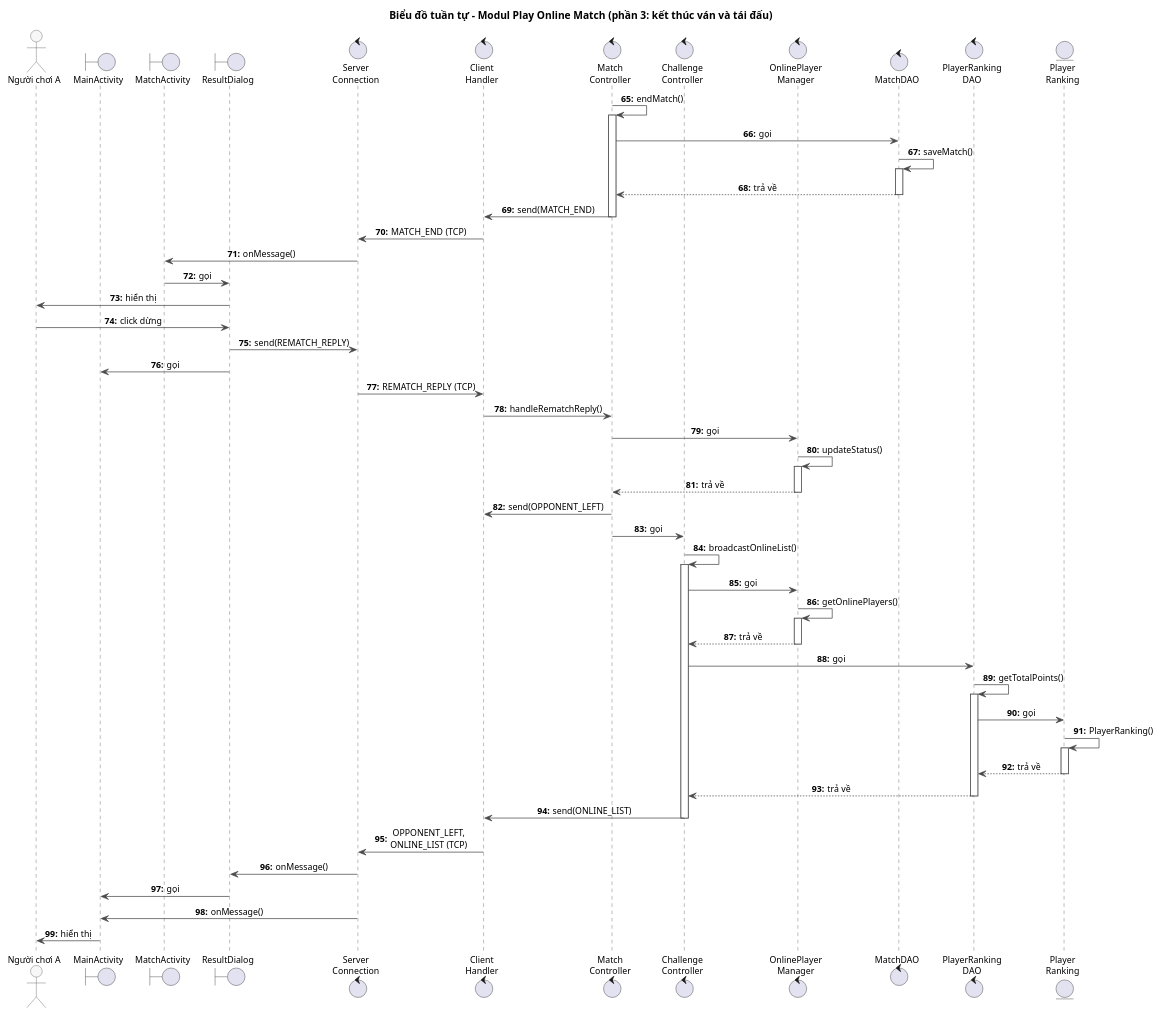
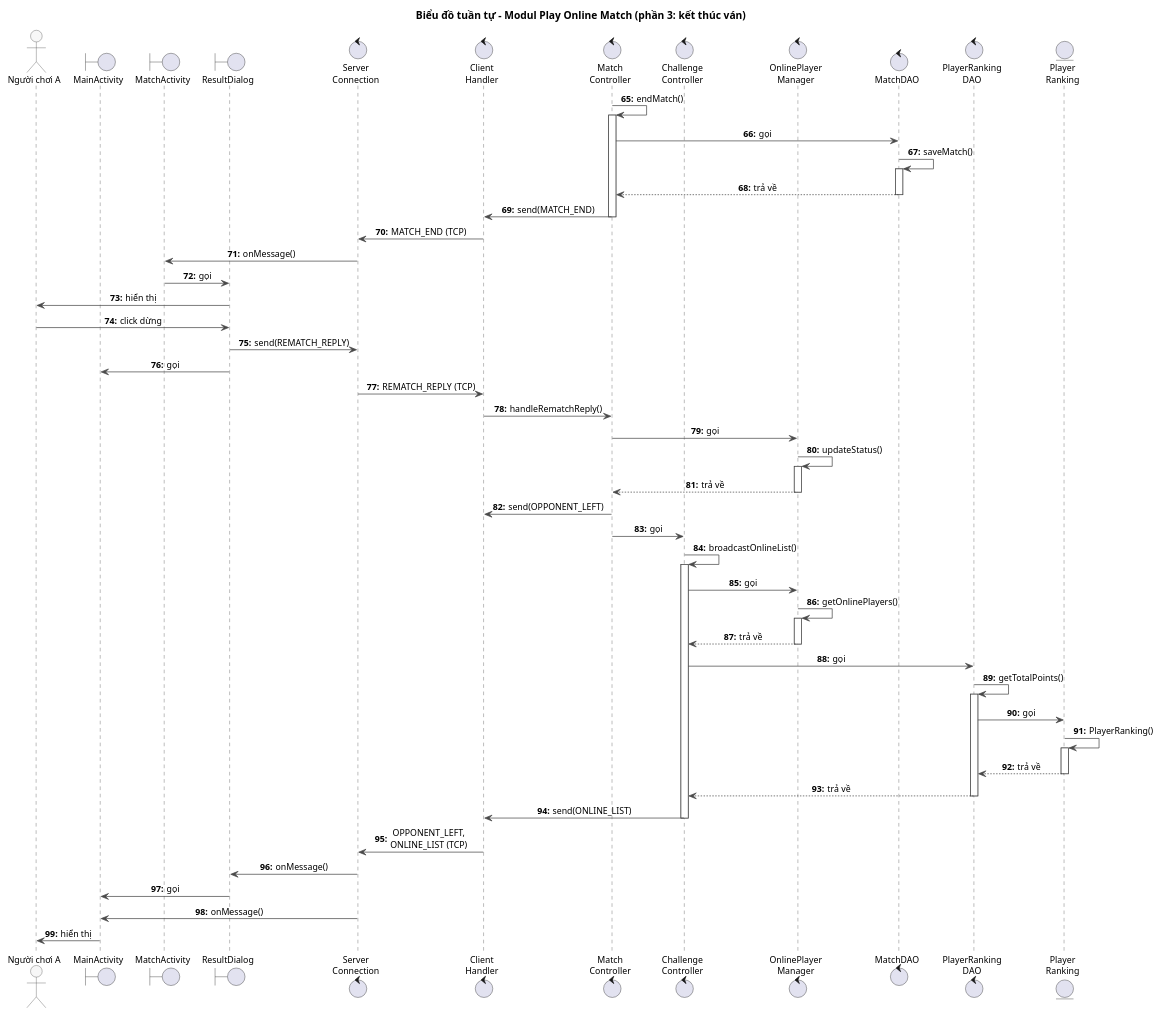
The diagram in docs/uml/pha3/seq-m4-3.puml (VattenL/mobile-pikachu), drawn with PlantUML before and after one commit. The commit also changed 31 other files, not shown here.

```diff
--- a/docs/uml/pha3/seq-m4-3.puml
+++ b/docs/uml/pha3/seq-m4-3.puml
@@ -1,81 +1,81 @@
 @startuml seq-m4-3
-title Biểu đồ tuần tự - Modul Play Online Match (phần 3: kết thúc ván và tái đấu)
+title Biểu đồ tuần tự - Modul Play Online Match (phần 3: kết thúc ván)
 
 skinparam shadowing false
 skinparam defaultFontSize 12
 skinparam sequenceMessageAlign center
 skinparam responseMessageBelowArrow true
 skinparam ArrowColor #4A4A4A
 skinparam sequence {
   LifeLineBorderColor #4A4A4A
   ParticipantBorderColor #4A4A4A
   ParticipantBackgroundColor #F7F7F7
   ActorBorderColor #4A4A4A
   ActorBackgroundColor #F7F7F7
 }
 autonumber "<b>0:"
 autonumber 65 "<b>0:"
 
 actor "Người chơi A" as A
 boundary MainActivity
 boundary MatchActivity
 boundary ResultDialog
 control "Server\nConnection" as ServerConnection
 control "Client\nHandler" as ClientHandler
 control "Match\nController" as MatchController
 control "Challenge\nController" as ChallengeController
 control "OnlinePlayer\nManager" as OnlinePlayerManager
 control MatchDAO
 control "PlayerRanking\nDAO" as PlayerRankingDAO
 entity "Player\nRanking" as PlayerRanking
 
 MatchController -> MatchController : endMatch()
 activate MatchController
 MatchController -> MatchDAO : gọi
 MatchDAO -> MatchDAO : saveMatch()
 activate MatchDAO
 MatchDAO --> MatchController : trả về
 deactivate MatchDAO
 MatchController -> ClientHandler : send(MATCH_END)
 deactivate MatchController
 ClientHandler -> ServerConnection : MATCH_END (TCP)
 ServerConnection -> MatchActivity : onMessage()
 MatchActivity -> ResultDialog : gọi
 ResultDialog -> A : hiển thị
 A -> ResultDialog : click dừng
 ResultDialog -> ServerConnection : send(REMATCH_REPLY)
 ResultDialog -> MainActivity : gọi
 ServerConnection -> ClientHandler : REMATCH_REPLY (TCP)
 ClientHandler -> MatchController : handleRematchReply()
 MatchController -> OnlinePlayerManager : gọi
 OnlinePlayerManager -> OnlinePlayerManager : updateStatus()
 activate OnlinePlayerManager
 OnlinePlayerManager --> MatchController : trả về
 deactivate OnlinePlayerManager
 MatchController -> ClientHandler : send(OPPONENT_LEFT)
 MatchController -> ChallengeController : gọi
 ChallengeController -> ChallengeController : broadcastOnlineList()
 activate ChallengeController
 ChallengeController -> OnlinePlayerManager : gọi
 OnlinePlayerManager -> OnlinePlayerManager : getOnlinePlayers()
 activate OnlinePlayerManager
 OnlinePlayerManager --> ChallengeController : trả về
 deactivate OnlinePlayerManager
 ChallengeController -> PlayerRankingDAO : gọi
 PlayerRankingDAO -> PlayerRankingDAO : getTotalPoints()
 activate PlayerRankingDAO
 PlayerRankingDAO -> PlayerRanking : gọi
 PlayerRanking -> PlayerRanking : PlayerRanking()
 activate PlayerRanking
 PlayerRanking --> PlayerRankingDAO : trả về
 deactivate PlayerRanking
 PlayerRankingDAO --> ChallengeController : trả về
 deactivate PlayerRankingDAO
 ChallengeController -> ClientHandler : send(ONLINE_LIST)
 deactivate ChallengeController
 ClientHandler -> ServerConnection : OPPONENT_LEFT,\nONLINE_LIST (TCP)
 ServerConnection -> ResultDialog : onMessage()
 ResultDialog -> MainActivity : gọi
 ServerConnection -> MainActivity : onMessage()
 MainActivity -> A : hiển thị
 @enduml
```
